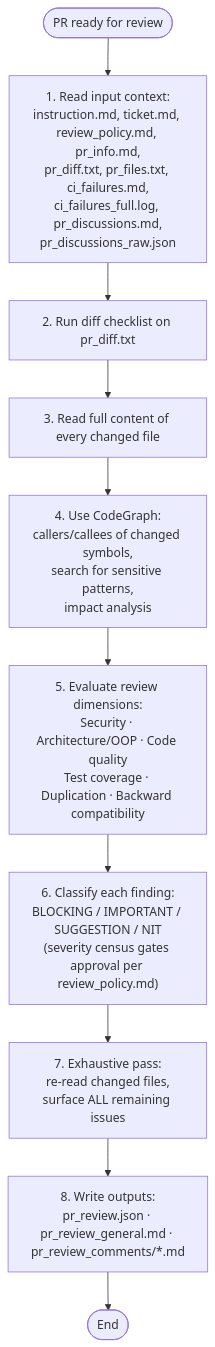
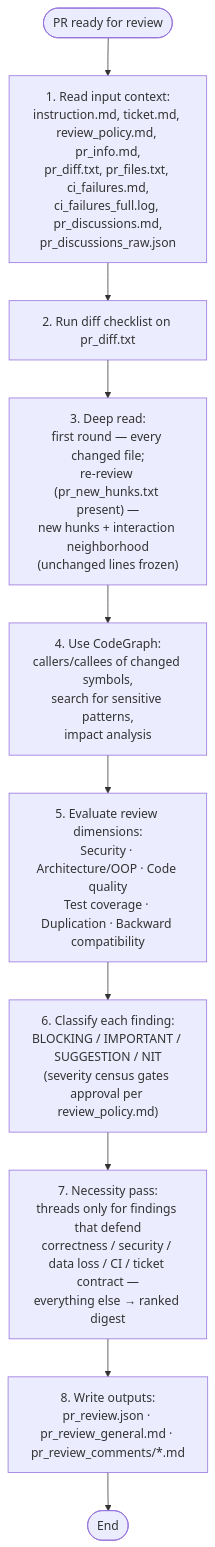
Before and after one commit to IstiN/dmtools-agents: the first of 2 diagrams in instructions/pr_review/general_guidelines.md, drawn with Mermaid. The commit also changed other lines of this file and 12 other files, not shown here.

First line of the commit message:
gh-1404 [fix] review prompt: necessity decision rule + frozen already-reviewed code (diff-of-diff) — maximality swap, not detail-add (#1411)

````diff
--- a/instructions/pr_review/general_guidelines.md
+++ b/instructions/pr_review/general_guidelines.md
@@ -5,12 +5,12 @@
 ```mermaid
 flowchart TD
     START([PR ready for review]) --> READ["1. Read input context:<br/>instruction.md, ticket.md, review_policy.md, pr_info.md,<br/>pr_diff.txt, pr_files.txt, ci_failures.md,<br/>ci_failures_full.log, pr_discussions.md,<br/>pr_discussions_raw.json"]
     READ --> DIFF["2. Run diff checklist on pr_diff.txt"]
-    DIFF --> FILES["3. Read full content of every changed file"]
+    DIFF --> FILES["3. Deep read:<br/>first round — every changed file;<br/>re-review (pr_new_hunks.txt present) —<br/>new hunks + interaction neighborhood<br/>(unchanged lines frozen)"]
     FILES --> CODEGRAPH["4. Use CodeGraph:<br/>callers/callees of changed symbols,<br/>search for sensitive patterns,<br/>impact analysis"]
     CODEGRAPH --> DIMS["5. Evaluate review dimensions:<br/>Security · Architecture/OOP · Code quality<br/>Test coverage · Duplication · Backward compatibility"]
     DIMS --> SEVERITY["6. Classify each finding:<br/>BLOCKING / IMPORTANT / SUGGESTION / NIT<br/>(severity census gates approval per review_policy.md)"]
-    SEVERITY --> EXHAUST["7. Exhaustive pass:<br/>re-read changed files,<br/>surface ALL remaining issues"]
+    SEVERITY --> EXHAUST["7. Necessity pass:<br/>threads only for findings that defend<br/>correctness / security / data loss / CI / ticket contract —<br/>everything else → ranked digest"]
     EXHAUST --> OUTPUT["8. Write outputs:<br/>pr_review.json · pr_review_general.md · pr_review_comments/*.md"]
     OUTPUT --> END([End])
 ```
````
